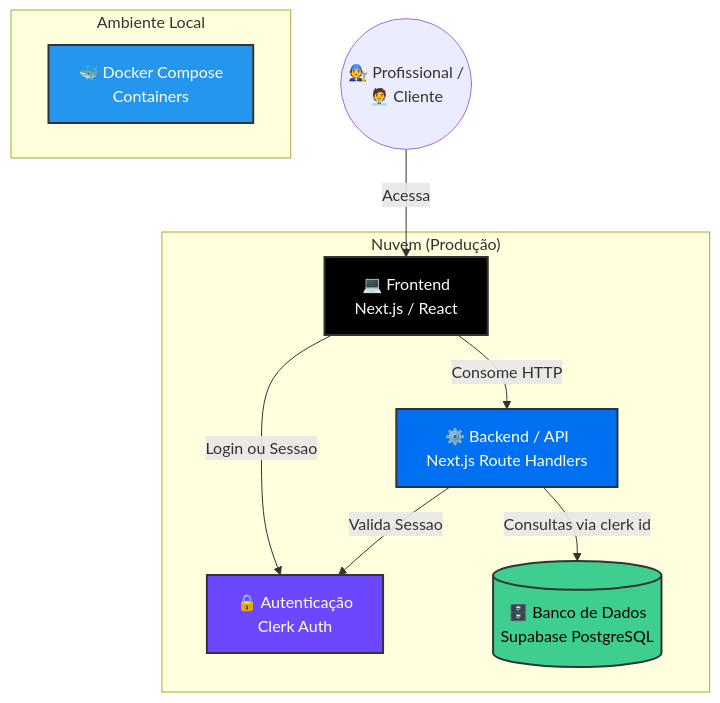
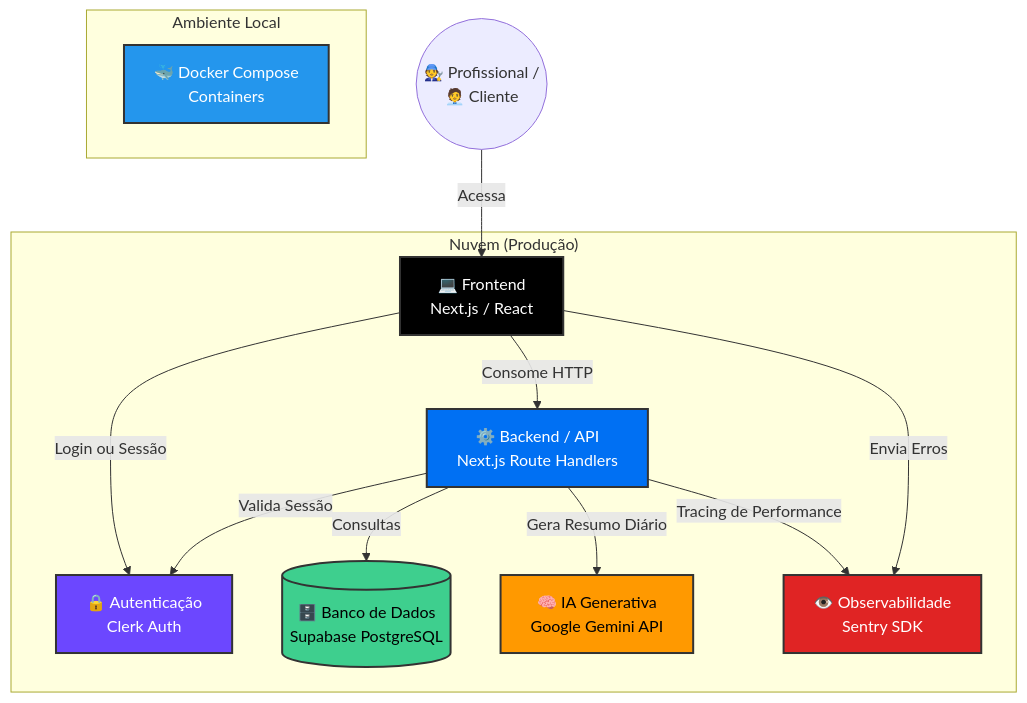
Before and after one commit to A-Mafioletti/Gerenciador-de-Agendamentos: the first of 2 diagrams in docs/spec_tech.md, drawn with Mermaid. The commit also changed other lines of this file and 12 other files, not shown here.

````diff
--- a/docs/spec_tech.md
+++ b/docs/spec_tech.md
@@ -20,32 +20,39 @@
 ```mermaid
 graph TD
     %% Cores e Estilos
     classDef frontend fill:#000000,stroke:#333,stroke-width:2px,color:#fff;
     classDef backend fill:#0070f3,stroke:#333,stroke-width:2px,color:#fff;
     classDef database fill:#3ECF8E,stroke:#333,stroke-width:2px,color:#000;
     classDef auth fill:#6C47FF,stroke:#333,stroke-width:2px,color:#fff;
     classDef local fill:#2496ED,stroke:#333,stroke-width:2px,color:#fff;
+    classDef ia fill:#FF9900,stroke:#333,stroke-width:2px,color:#000;
+    classDef monitor fill:#E02424,stroke:#333,stroke-width:2px,color:#fff;
 
     %% Atores
     User((🧑‍🔧 Profissional /<br> 🧑‍💼 Cliente))
 
     %% Nuvem / Produção
     subgraph "Nuvem (Produção)"
         UI[💻 Frontend<br>Next.js / React]:::frontend
         API[⚙️ Backend / API<br>Next.js Route Handlers]:::backend
         Clerk[🔒 Autenticação<br>Clerk Auth]:::auth
         DB[(🗄️ Banco de Dados<br>Supabase PostgreSQL)]:::database
+        Gemini[🧠 IA Generativa<br>Google Gemini API]:::ia
+        Sentry[👁️ Observabilidade<br>Sentry SDK]:::monitor
     end
 
     %% Ambiente Local
     subgraph "Ambiente Local"
         Docker[🐳 Docker Compose<br>Containers]:::local
     end
 
     %% Conexões
     User -->|Acessa| UI
-    UI -->|Login ou Sessao| Clerk
+    UI -->|Login ou Sessão| Clerk
     UI -->|Consome HTTP| API
-    API -->|Valida Sessao| Clerk
-    API -->|Consultas via clerk id| DB
+    API -->|Valida Sessão| Clerk
+    API -->|Consultas| DB
+    API -->|Gera Resumo Diário| Gemini
+    UI -->|Envia Erros| Sentry
+    API -->|Tracing de Performance| Sentry
 ```
````
